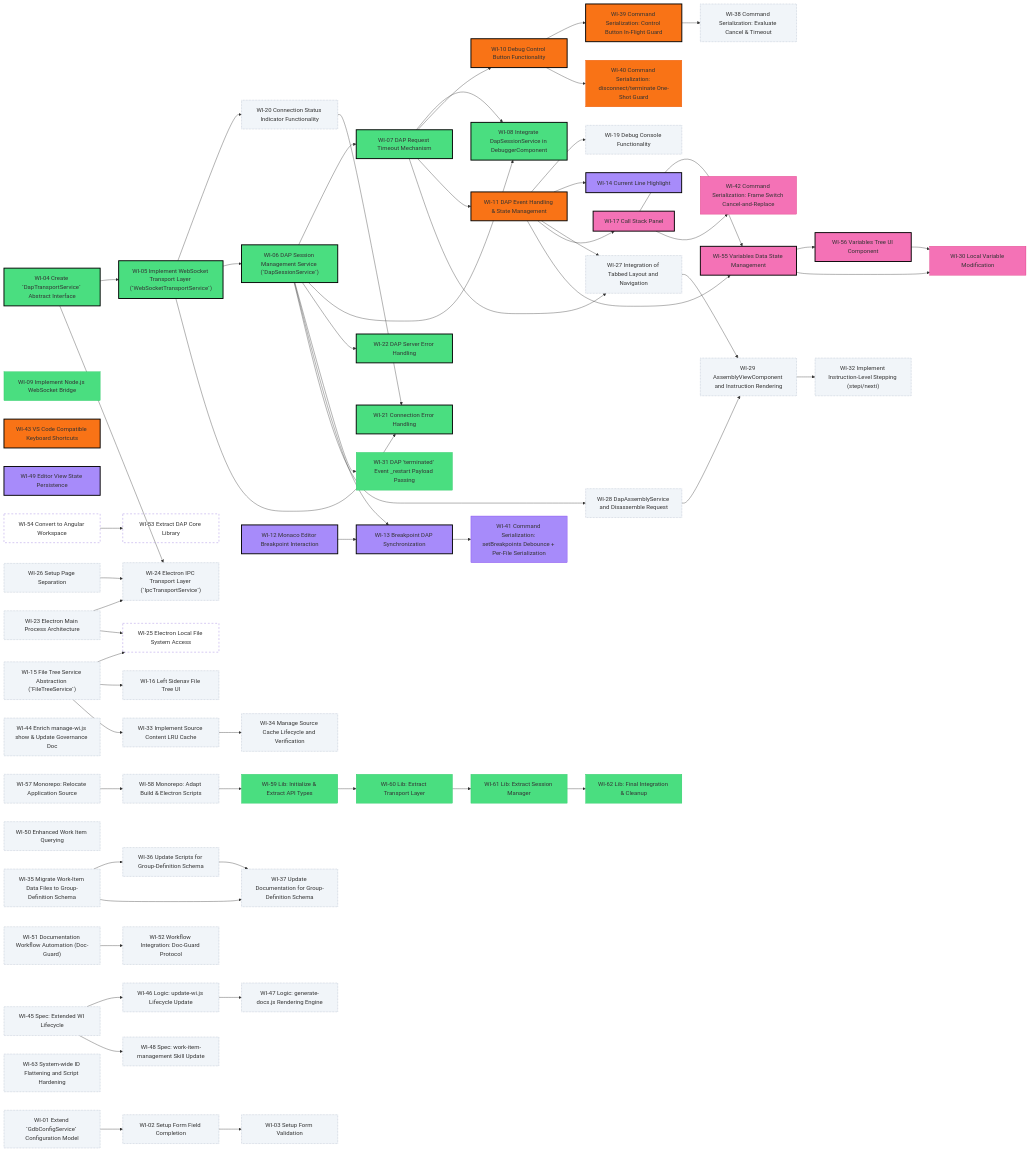
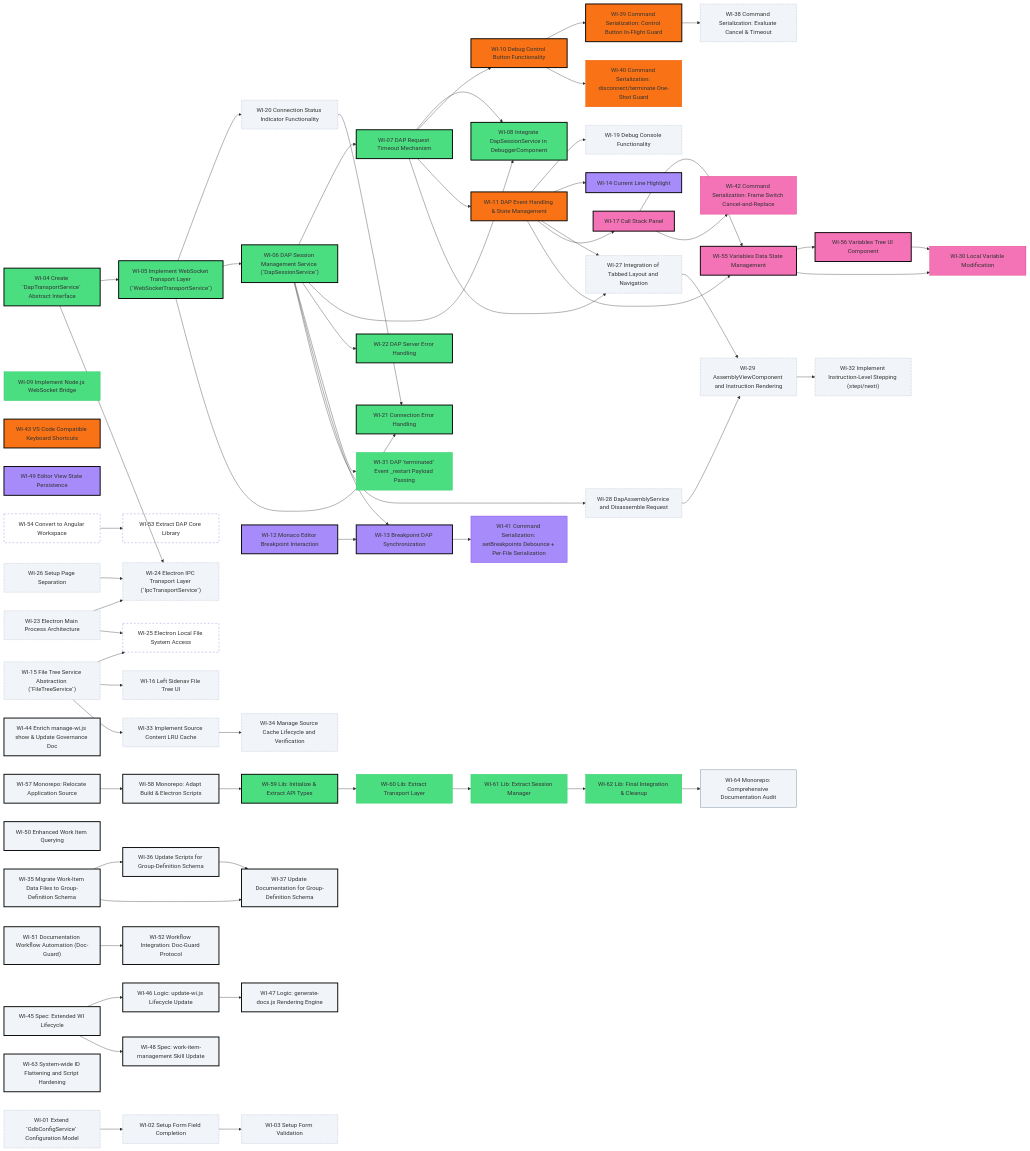
Before and after one commit to tangpo387-arch/taro-debugger: the diagram in docs/project-roadmap.md, drawn with Mermaid. The commit also changed other lines of this file and 29 other files, not shown here.

```diff
--- a/docs/project-roadmap.md
+++ b/docs/project-roadmap.md
@@ -59,6 +59,7 @@
     WI_57["WI-57 Monorepo: Relocate Application Source"]
     WI_58["WI-58 Monorepo: Adapt Build & Electron Scripts"]
     WI_63["WI-63 System-wide ID Flattening and Script Hardening"]
+    WI_64["WI-64 Monorepo: Comprehensive Documentation Audit"]
     WI_27["WI-27 Integration of Tabbed Layout and Navigation"]
     WI_28["WI-28 DapAssemblyService and Disassemble Request"]
     WI_29["WI-29 AssemblyViewComponent and Instruction Rendering"]
@@ -112,6 +113,7 @@
     WI_45 --> WI_48
     WI_51 --> WI_52
     WI_57 --> WI_58
+    WI_62 --> WI_64
     WI_07 --> WI_27
     WI_11 --> WI_27
     WI_06 --> WI_28
@@ -141,7 +143,7 @@
     style WI_22 fill:#4ade80,stroke:#000,stroke-width:2.5px
     style WI_31 fill:#4ade80,stroke:#22c55e
     style WI_53 fill:none,stroke-dasharray:5
-    style WI_59 fill:#4ade80,stroke:#22c55e
+    style WI_59 fill:#4ade80,stroke:#000,stroke-width:2.5px
     style WI_60 fill:#4ade80,stroke:#22c55e
     style WI_61 fill:#4ade80,stroke:#22c55e
     style WI_62 fill:#4ade80,stroke:#22c55e
@@ -163,21 +165,22 @@
     style WI_16 fill:#f1f5f9,stroke:#94a3b8,stroke-width:1px,stroke-dasharray:2
     style WI_33 fill:#f1f5f9,stroke:#94a3b8,stroke-width:1px,stroke-dasharray:2
     style WI_34 fill:#f1f5f9,stroke:#94a3b8,stroke-width:1px,stroke-dasharray:2
-    style WI_35 fill:#f1f5f9,stroke:#94a3b8,stroke-width:1px,stroke-dasharray:2
-    style WI_36 fill:#f1f5f9,stroke:#94a3b8,stroke-width:1px,stroke-dasharray:2
-    style WI_37 fill:#f1f5f9,stroke:#94a3b8,stroke-width:1px,stroke-dasharray:2
-    style WI_44 fill:#f1f5f9,stroke:#94a3b8,stroke-width:1px,stroke-dasharray:2
-    style WI_45 fill:#f1f5f9,stroke:#94a3b8,stroke-width:1px,stroke-dasharray:2
-    style WI_46 fill:#f1f5f9,stroke:#94a3b8,stroke-width:1px,stroke-dasharray:2
-    style WI_47 fill:#f1f5f9,stroke:#94a3b8,stroke-width:1px,stroke-dasharray:2
-    style WI_48 fill:#f1f5f9,stroke:#94a3b8,stroke-width:1px,stroke-dasharray:2
-    style WI_50 fill:#f1f5f9,stroke:#94a3b8,stroke-width:1px,stroke-dasharray:2
-    style WI_51 fill:#f1f5f9,stroke:#94a3b8,stroke-width:1px,stroke-dasharray:2
-    style WI_52 fill:#f1f5f9,stroke:#94a3b8,stroke-width:1px,stroke-dasharray:2
+    style WI_35 fill:#f1f5f9,stroke:#000,stroke-width:2.5px
+    style WI_36 fill:#f1f5f9,stroke:#000,stroke-width:2.5px
+    style WI_37 fill:#f1f5f9,stroke:#000,stroke-width:2.5px
+    style WI_44 fill:#f1f5f9,stroke:#000,stroke-width:2.5px
+    style WI_45 fill:#f1f5f9,stroke:#000,stroke-width:2.5px
+    style WI_46 fill:#f1f5f9,stroke:#000,stroke-width:2.5px
+    style WI_47 fill:#f1f5f9,stroke:#000,stroke-width:2.5px
+    style WI_48 fill:#f1f5f9,stroke:#000,stroke-width:2.5px
+    style WI_50 fill:#f1f5f9,stroke:#000,stroke-width:2.5px
+    style WI_51 fill:#f1f5f9,stroke:#000,stroke-width:2.5px
+    style WI_52 fill:#f1f5f9,stroke:#000,stroke-width:2.5px
     style WI_54 fill:none,stroke-dasharray:5
-    style WI_57 fill:#f1f5f9,stroke:#94a3b8,stroke-width:1px,stroke-dasharray:2
-    style WI_58 fill:#f1f5f9,stroke:#94a3b8,stroke-width:1px,stroke-dasharray:2
-    style WI_63 fill:#f1f5f9,stroke:#94a3b8,stroke-width:1px,stroke-dasharray:2
+    style WI_57 fill:#f1f5f9,stroke:#000,stroke-width:2.5px
+    style WI_58 fill:#f1f5f9,stroke:#000,stroke-width:2.5px
+    style WI_63 fill:#f1f5f9,stroke:#000,stroke-width:2.5px
+    style WI_64 fill:#f1f5f9,stroke:#64748b
     style WI_27 fill:#f1f5f9,stroke:#94a3b8,stroke-width:1px,stroke-dasharray:2
     style WI_28 fill:#f1f5f9,stroke:#94a3b8,stroke-width:1px,stroke-dasharray:2
     style WI_29 fill:#f1f5f9,stroke:#94a3b8,stroke-width:1px,stroke-dasharray:2
```
